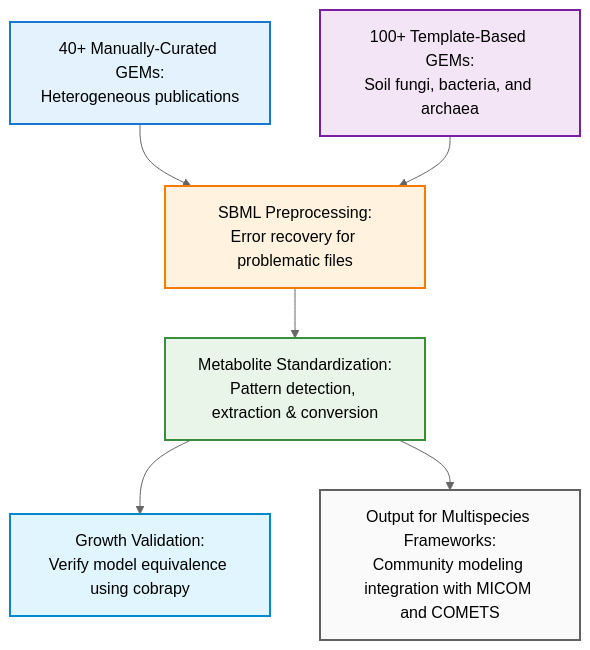
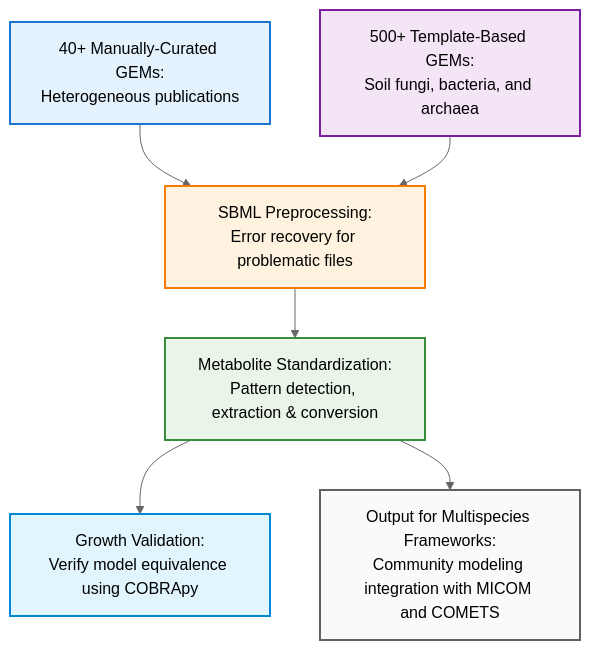
The diagram in README.md (zoey-rw/soil_microbe_GEMs), drawn with Mermaid (neutral theme) before and after one commit. The commit also changed other lines of this file, not shown here.

````diff
--- a/README.md
+++ b/README.md
@@ -3,15 +3,15 @@
 ```mermaid
 flowchart TD
     A1[40+ Manually-Curated GEMs:<br/>Heterogeneous publications] --> B
-    A2[100+ Template-Based GEMs:<br/>Soil fungi, bacteria, and archaea] --> B[SBML Preprocessing:<br/>Error recovery for problematic files]
+    A2[500+ Template-Based GEMs:<br/>Soil fungi, bacteria, and archaea] --> B[SBML Preprocessing:<br/>Error recovery for problematic files]
     B --> C[Metabolite Standardization:<br/>Pattern detection, extraction & conversion]
-    C --> D[Growth Validation:<br/>Verify model equivalence using cobrapy]
+    C --> D[Growth Validation:<br/>Verify model equivalence using COBRApy]
     C --> E[Output for Multispecies Frameworks:<br/>Community modeling integration with MICOM and COMETS]
     
     style A1 fill:#e3f2fd,stroke:#1976d2,stroke-width:2px
     style A2 fill:#f3e5f5,stroke:#7b1fa2,stroke-width:2px
     style B fill:#fff3e0,stroke:#f57c00,stroke-width:2px
     style C fill:#e8f5e8,stroke:#388e3c,stroke-width:2px
     style D fill:#e1f5fe,stroke:#0288d1,stroke-width:2px
     style E fill:#fafafa,stroke:#616161,stroke-width:2px
 ```
````
